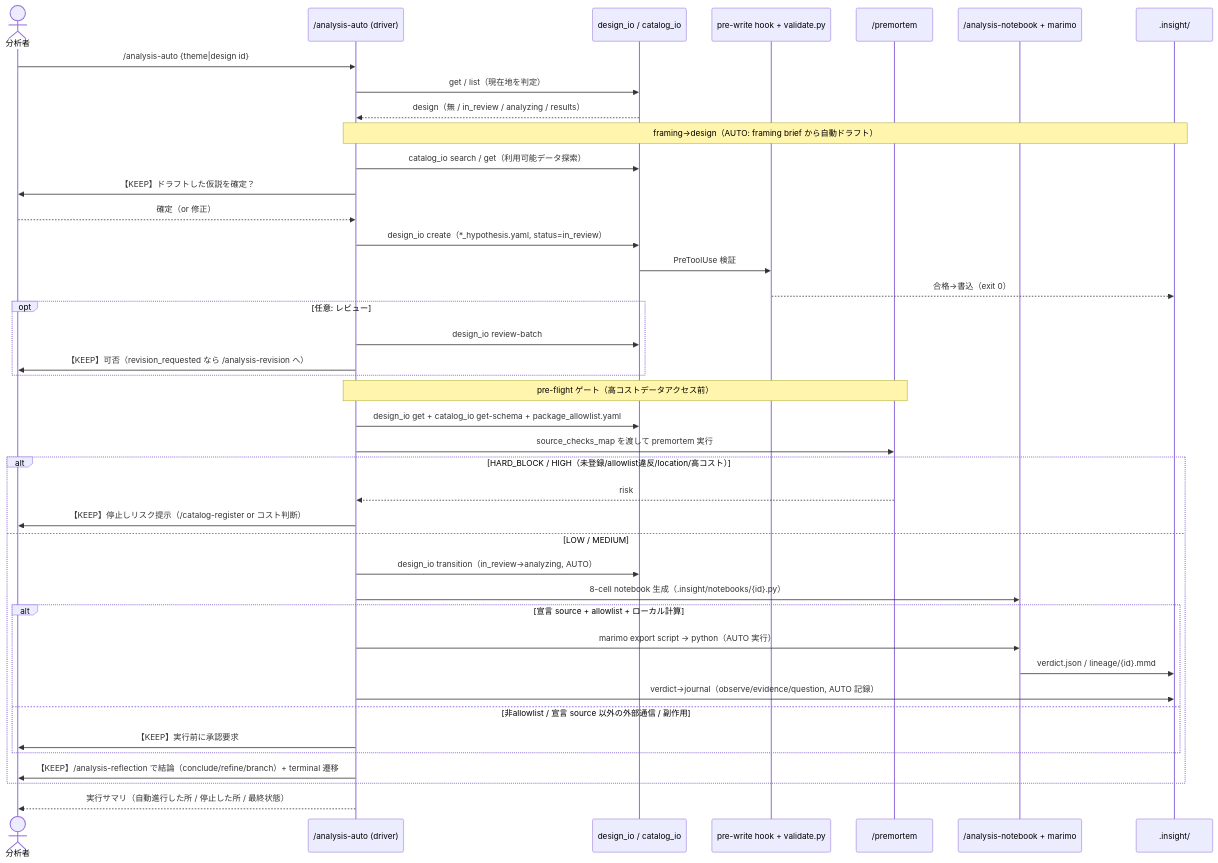
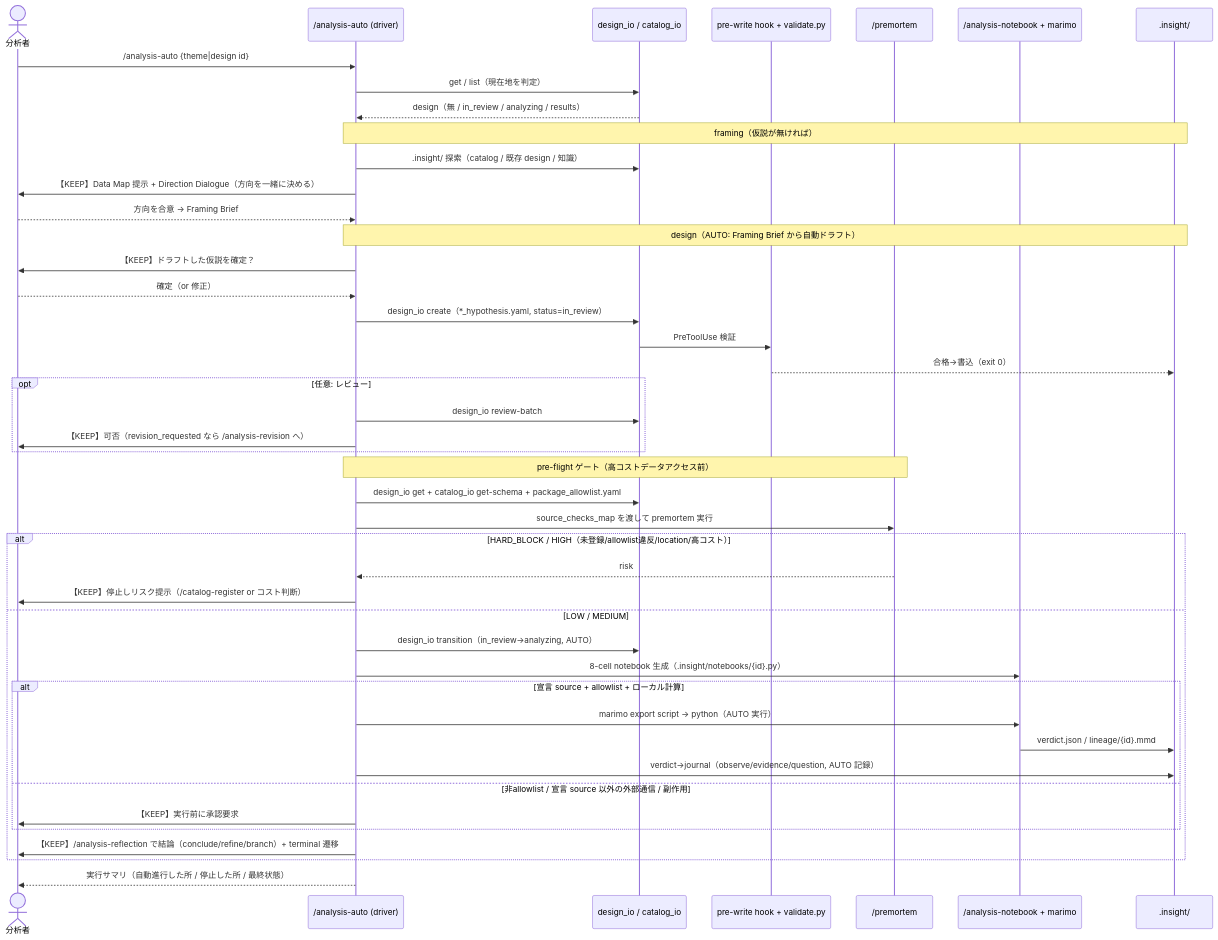
Before and after one commit to etoyama/insight-blueprint-skills: the fifth of 5 diagrams in docs/ARCHITECTURE.md, drawn with Mermaid. The commit also changed 1 other file, not shown here.

Commit message:
fix(analysis-auto): framing を対話ゲート化（初学者向けに方向を一緒に決める）
autopilot が framing の Direction Dialogue を素通りして方向を自動ドラフトしていた指摘に対応。
framing を「Data Map 提示 + Direction Dialogue で方向をユーザーと確定」する KEEP ゲートにし、
黙って方向を決めないようにした（方向決めは摩擦でなく本物の判断）。

- SKILL のゲート方針表: framing 行を「Data Map + 候補方向を提示し方向を確定（KEEP）」に
- Workflow: framing と design を分離し、framing は Direction Dialogue を必ず行う旨を明記
- ARCHITECTURE の autopilot 詳細シーケンス: framing の Data Map + Direction Dialogue（KEEP）を追加

pytest 351 passed、ruff クリーン。

````diff
--- a/docs/ARCHITECTURE.md
+++ b/docs/ARCHITECTURE.md
@@ -169,47 +169,50 @@
 ```mermaid
 sequenceDiagram
     actor U as 分析者
     participant D as /analysis-auto (driver)
     participant IO as design_io / catalog_io
     participant H as pre-write hook + validate.py
     participant PM as /premortem
     participant NB as /analysis-notebook + marimo
     participant FS as .insight/
 
     U->>D: /analysis-auto {theme|design id}
     D->>IO: get / list（現在地を判定）
     IO-->>D: design（無 / in_review / analyzing / results）
 
-    Note over D,FS: framing→design（AUTO: framing brief から自動ドラフト）
-    D->>IO: catalog_io search / get（利用可能データ探索）
+    Note over D,FS: framing（仮説が無ければ）
+    D->>IO: .insight/ 探索（catalog / 既存 design / 知識）
+    D->>U: 【KEEP】Data Map 提示 + Direction Dialogue（方向を一緒に決める）
+    U-->>D: 方向を合意 → Framing Brief
+    Note over D,FS: design（AUTO: Framing Brief から自動ドラフト）
     D->>U: 【KEEP】ドラフトした仮説を確定？
     U-->>D: 確定（or 修正）
     D->>IO: design_io create（*_hypothesis.yaml, status=in_review）
     IO->>H: PreToolUse 検証
     H-->>FS: 合格→書込（exit 0）
 
     opt 任意: レビュー
         D->>IO: design_io review-batch
         D->>U: 【KEEP】可否（revision_requested なら /analysis-revision へ）
     end
 
     Note over D,PM: pre-flight ゲート（高コストデータアクセス前）
     D->>IO: design_io get + catalog_io get-schema + package_allowlist.yaml
     D->>PM: source_checks_map を渡して premortem 実行
     alt HARD_BLOCK / HIGH（未登録/allowlist違反/location/高コスト）
         PM-->>D: risk
         D->>U: 【KEEP】停止しリスク提示（/catalog-register or コスト判断）
     else LOW / MEDIUM
         D->>IO: design_io transition（in_review→analyzing, AUTO）
         D->>NB: 8-cell notebook 生成（.insight/notebooks/{id}.py）
         alt 宣言 source + allowlist + ローカル計算
             D->>NB: marimo export script → python（AUTO 実行）
             NB->>FS: verdict.json / lineage/{id}.mmd
             D->>FS: verdict→journal（observe/evidence/question, AUTO 記録）
         else 非allowlist / 宣言 source 以外の外部通信 / 副作用
             D->>U: 【KEEP】実行前に承認要求
         end
         D->>U: 【KEEP】/analysis-reflection で結論（conclude/refine/branch）+ terminal 遷移
     end
     D-->>U: 実行サマリ（自動進行した所 / 停止した所 / 最終状態）
 ```
````
